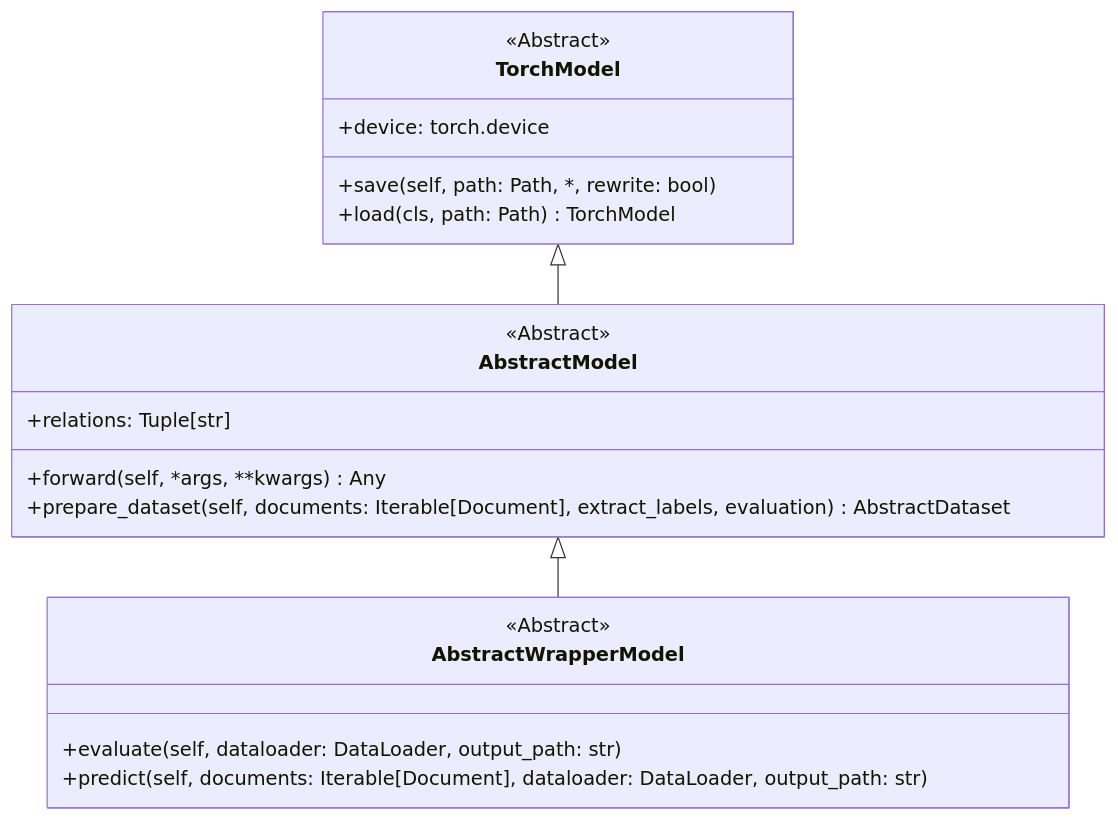
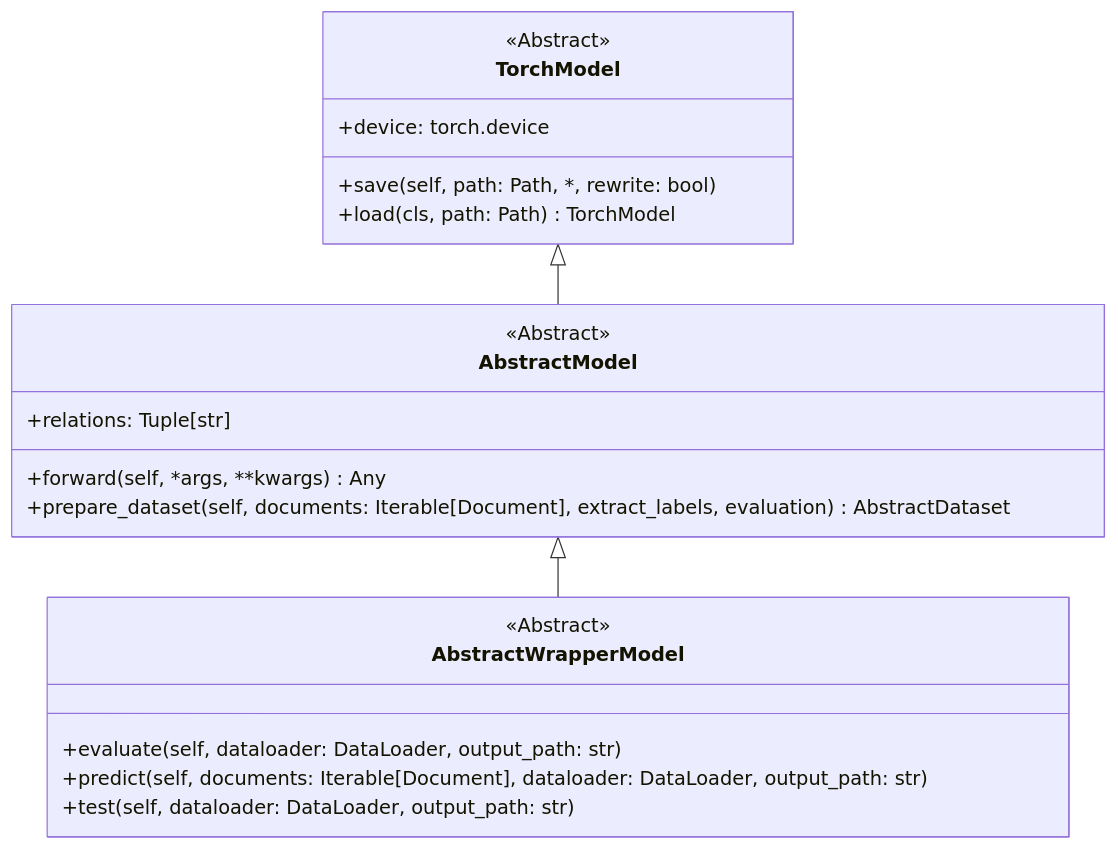
One commit to phos-phophy/creed changed the fourth of 4 diagrams in README.md. Above: the diagram before and after it, drawn with Mermaid. The commit also changed other lines of this file, not shown here.

````diff
--- a/README.md
+++ b/README.md
@@ -152,27 +152,28 @@
 ```mermaid
 classDiagram
 direction TB
 
    class TorchModel{
       <<Abstract>>
       +device: torch.device
       +save(self, path: Path, *, rewrite: bool)
       +load(cls, path: Path) TorchModel
    }
    TorchModel <|-- AbstractModel
    AbstractModel <|-- AbstractWrapperModel
    
    class AbstractModel{
       <<Abstract>>
       +relations: Tuple[str]
       +forward(self, *args, **kwargs) Any
       +prepare_dataset(self, documents: Iterable[Document], extract_labels, evaluation)  AbstractDataset
    }
    
    class AbstractWrapperModel{
       <<Abstract>>
       +evaluate(self, dataloader: DataLoader, output_path: str)
       +predict(self, documents: Iterable[Document], dataloader: DataLoader, output_path: str)
+      +test(self, dataloader: DataLoader, output_path: str)
    }
    
 ```
````
